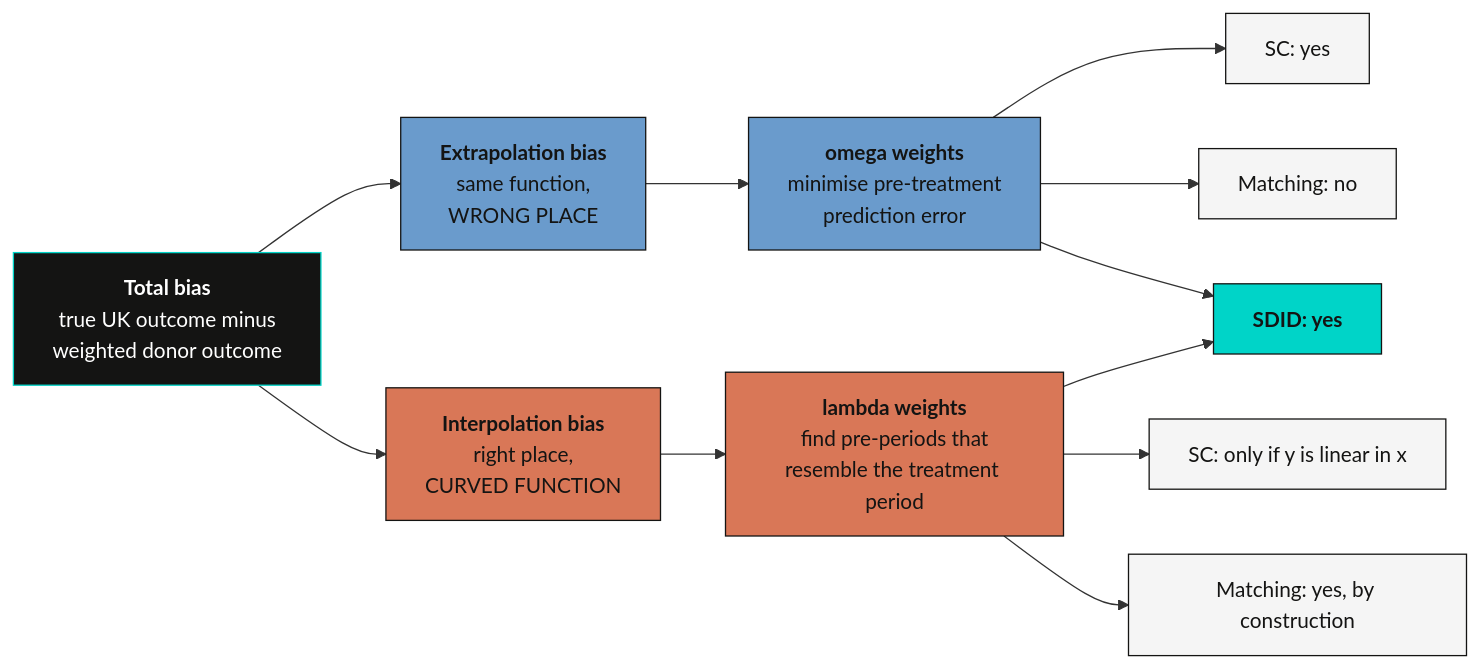
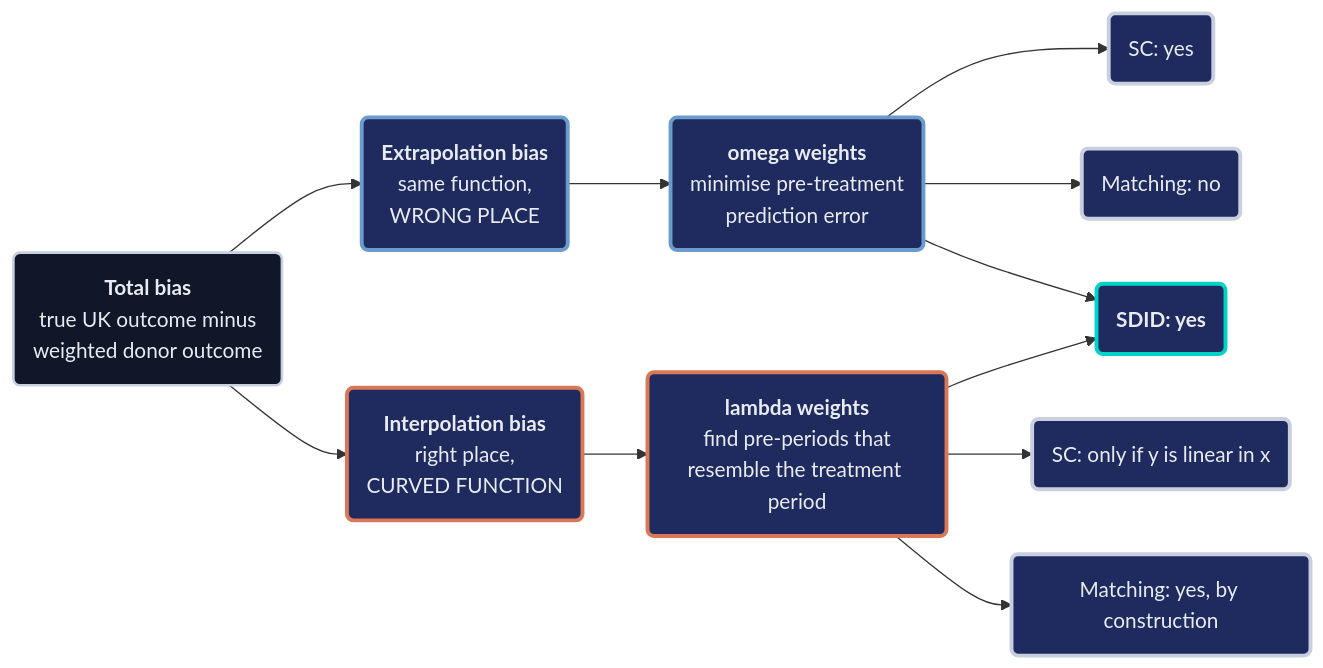
The third of 4 diagrams in content/post/r_sc_dsc_sdid/index.md (cmg777/starter-academic-v501), drawn with Mermaid before and after one commit. The commit also changed other lines of this file and 13 other files, not shown here.

First line of the commit message:
content(mermaid): restyle flowcharts in R posts

````diff
--- a/content/post/r_sc_dsc_sdid/index.md
+++ b/content/post/r_sc_dsc_sdid/index.md
@@ -863,23 +858,23 @@
 ```mermaid
 graph LR
-    T["<b>Total bias</b><br/>true UK outcome minus<br/>weighted donor outcome"] --> X["<b>Extrapolation bias</b><br/>same function,<br/>WRONG PLACE"]
-    T --> I["<b>Interpolation bias</b><br/>right place,<br/>CURVED FUNCTION"]
-    X --> XA["<b>omega weights</b><br/>minimise pre-treatment<br/>prediction error"]
-    I --> IA["<b>lambda weights</b><br/>find pre-periods that<br/>resemble the treatment period"]
-    XA --> SC2["SC: yes"]
-    XA --> NN2["Matching: no"]
-    IA --> SC3["SC: only if y is linear in x"]
-    IA --> NN3["Matching: yes, by construction"]
-    XA --> SD["<b>SDID: yes</b>"]
+    T("<b>Total bias</b><br/>true UK outcome minus<br/>weighted donor outcome") --> X("<b>Extrapolation bias</b><br/>same function,<br/>WRONG PLACE")
+    T --> I("<b>Interpolation bias</b><br/>right place,<br/>CURVED FUNCTION")
+    X --> XA("<b>omega weights</b><br/>minimise pre-treatment<br/>prediction error")
+    I --> IA("<b>lambda weights</b><br/>find pre-periods that<br/>resemble the treatment period")
+    XA --> SC2("SC: yes")
+    XA --> NN2("Matching: no")
+    IA --> SC3("SC: only if y is linear in x")
+    IA --> NN3("Matching: yes, by construction")
+    XA --> SD("<b>SDID: yes</b>")
     IA --> SD
-    style T fill:#141413,stroke:#00d4c8,color:#fff
-    style X fill:#6a9bcc,stroke:#141413,color:#141413
-    style I fill:#d97757,stroke:#141413,color:#141413
-    style XA fill:#6a9bcc,stroke:#141413,color:#141413
-    style IA fill:#d97757,stroke:#141413,color:#141413
-    style SC2 fill:#f5f5f5,stroke:#141413,color:#141413
-    style NN2 fill:#f5f5f5,stroke:#141413,color:#141413
-    style SC3 fill:#f5f5f5,stroke:#141413,color:#141413
-    style NN3 fill:#f5f5f5,stroke:#141413,color:#141413
-    style SD fill:#00d4c8,stroke:#141413,color:#141413
+    classDef anchor fill:#0f1729,stroke:#c8d0e0,stroke-width:2px,color:#e8ecf2
+    classDef blue fill:#1f2b5e,stroke:#6a9bcc,stroke-width:3px,color:#e8ecf2
+    classDef orange fill:#1f2b5e,stroke:#d97757,stroke-width:3px,color:#e8ecf2
+    classDef gray fill:#1f2b5e,stroke:#c8d0e0,stroke-width:3px,color:#e8ecf2
+    classDef teal fill:#1f2b5e,stroke:#00d4c8,stroke-width:3px,color:#e8ecf2
+    class T anchor
+    class X,XA blue
+    class I,IA orange
+    class SC2,NN2,SC3,NN3 gray
+    class SD teal
 ```
````
